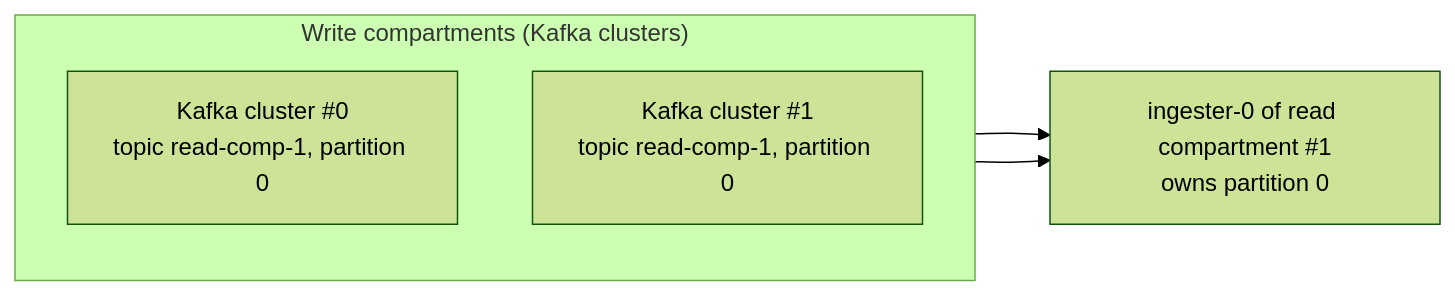
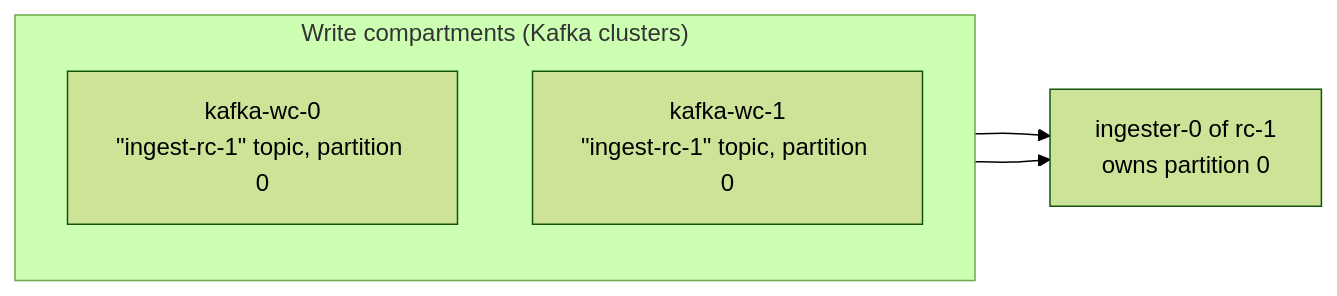
Before and after one commit to grafana/mimir: the diagram in docs/internal/compartments/read-compartments.md, drawn with Mermaid (forest theme). The commit also changed other lines of this file and 2 other files, not shown here.

Commit message:
Compartments: clarify Kafka topology in architecture diagram
The architecture diagram did not make clear that there is one Kafka cluster per write compartment, and one topic per read compartment within each cluster. Rework the overall-architecture diagram to show each write compartment's distributors plus its dedicated Kafka cluster holding one topic per read compartment, and the cross-cluster consume fan-in into each read compartment. Adopt the wc-<id> / rc-<id> naming conventions consistently and document them in a new naming.md.

````diff
--- a/docs/internal/compartments/read-compartments.md
+++ b/docs/internal/compartments/read-compartments.md
@@ -20,13 +20,13 @@
 ```mermaid
 flowchart LR
     subgraph WCk["Write compartments (Kafka clusters)"]
         direction TB
-        K0["Kafka cluster #0<br/>topic read-comp-1, partition 0"]
-        K1["Kafka cluster #1<br/>topic read-comp-1, partition 0"]
+        K0["kafka-wc-0<br/>&quot;ingest-rc-1&quot; topic, partition 0"]
+        K1["kafka-wc-1<br/>&quot;ingest-rc-1&quot; topic, partition 0"]
     end
 
-    ING["ingester-0 of read compartment #1<br/>owns partition 0"]
+    ING["ingester-0 of rc-1<br/>owns partition 0"]
 
     K0 --> ING
     K1 --> ING
 ```
````
